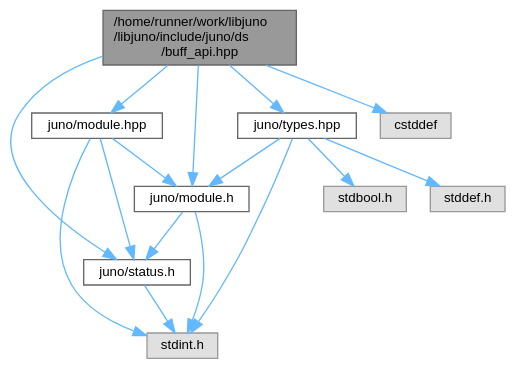
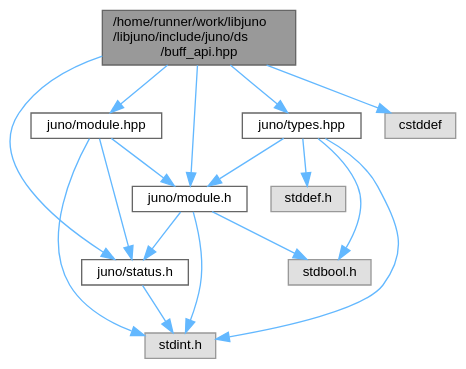
One commit to robinonsay/libjuno changed the diagram in buff__api_8hpp__incl.dot. Above: the diagram before and after it, drawn with Graphviz. The commit also changed 847 other files, not shown here.

```diff
--- a/buff__api_8hpp__incl.dot
+++ b/buff__api_8hpp__incl.dot
@@ -1,31 +1,32 @@
 digraph "/home/runner/work/libjuno/libjuno/include/juno/ds/buff_api.hpp"
 {
  // LATEX_PDF_SIZE
   bgcolor="transparent";
   edge [fontname=Helvetica,fontsize=10,labelfontname=Helvetica,labelfontsize=10];
   node [fontname=Helvetica,fontsize=10,shape=box,height=0.2,width=0.4];
   Node1 [id="Node000001",label="/home/runner/work/libjuno\l/libjuno/include/juno/ds\l/buff_api.hpp",height=0.2,width=0.4,color="gray40", fillcolor="grey60", style="filled", fontcolor="black",tooltip=" "];
   Node1 -> Node2 [id="edge1_Node000001_Node000002",color="steelblue1",style="solid",tooltip=" "];
-  Node2 [id="Node000002",label="juno/status.h",height=0.2,width=0.4,color="grey40", fillcolor="white", style="filled",URL="$status_8h.html",tooltip=" "];
+  Node2 [id="Node000002",label="juno/status.h",height=0.2,width=0.4,color="grey40", fillcolor="white", style="filled",URL="$status_8h.html",tooltip="Status codes and failure-handling helpers for LibJuno."];
   Node2 -> Node3 [id="edge2_Node000002_Node000003",color="steelblue1",style="solid",tooltip=" "];
   Node3 [id="Node000003",label="stdint.h",height=0.2,width=0.4,color="grey60", fillcolor="#E0E0E0", style="filled",tooltip=" "];
   Node1 -> Node4 [id="edge3_Node000001_Node000004",color="steelblue1",style="solid",tooltip=" "];
-  Node4 [id="Node000004",label="juno/module.h",height=0.2,width=0.4,color="grey40", fillcolor="white", style="filled",URL="$module_8h.html",tooltip=" "];
+  Node4 [id="Node000004",label="juno/module.h",height=0.2,width=0.4,color="grey40", fillcolor="white", style="filled",URL="$module_8h.html",tooltip="Module system and dependency injection primitives for LibJuno."];
   Node4 -> Node2 [id="edge4_Node000004_Node000002",color="steelblue1",style="solid",tooltip=" "];
   Node4 -> Node3 [id="edge5_Node000004_Node000003",color="steelblue1",style="solid",tooltip=" "];
-  Node1 -> Node5 [id="edge6_Node000001_Node000005",color="steelblue1",style="solid",tooltip=" "];
-  Node5 [id="Node000005",label="juno/module.hpp",height=0.2,width=0.4,color="grey40", fillcolor="white", style="filled",URL="$module_8hpp.html",tooltip=" "];
-  Node5 -> Node2 [id="edge7_Node000005_Node000002",color="steelblue1",style="solid",tooltip=" "];
-  Node5 -> Node3 [id="edge8_Node000005_Node000003",color="steelblue1",style="solid",tooltip=" "];
-  Node5 -> Node4 [id="edge9_Node000005_Node000004",color="steelblue1",style="solid",tooltip=" "];
-  Node1 -> Node6 [id="edge10_Node000001_Node000006",color="steelblue1",style="solid",tooltip=" "];
-  Node6 [id="Node000006",label="juno/types.hpp",height=0.2,width=0.4,color="grey40", fillcolor="white", style="filled",URL="$types_8hpp.html",tooltip=" "];
-  Node6 -> Node4 [id="edge11_Node000006_Node000004",color="steelblue1",style="solid",tooltip=" "];
-  Node6 -> Node7 [id="edge12_Node000006_Node000007",color="steelblue1",style="solid",tooltip=" "];
-  Node7 [id="Node000007",label="stdbool.h",height=0.2,width=0.4,color="grey60", fillcolor="#E0E0E0", style="filled",tooltip=" "];
-  Node6 -> Node8 [id="edge13_Node000006_Node000008",color="steelblue1",style="solid",tooltip=" "];
+  Node4 -> Node5 [id="edge6_Node000004_Node000005",color="steelblue1",style="solid",tooltip=" "];
+  Node5 [id="Node000005",label="stdbool.h",height=0.2,width=0.4,color="grey60", fillcolor="#E0E0E0", style="filled",tooltip=" "];
+  Node1 -> Node6 [id="edge7_Node000001_Node000006",color="steelblue1",style="solid",tooltip=" "];
+  Node6 [id="Node000006",label="juno/module.hpp",height=0.2,width=0.4,color="grey40", fillcolor="white", style="filled",URL="$module_8hpp.html",tooltip=" "];
+  Node6 -> Node2 [id="edge8_Node000006_Node000002",color="steelblue1",style="solid",tooltip=" "];
+  Node6 -> Node3 [id="edge9_Node000006_Node000003",color="steelblue1",style="solid",tooltip=" "];
+  Node6 -> Node4 [id="edge10_Node000006_Node000004",color="steelblue1",style="solid",tooltip=" "];
+  Node1 -> Node7 [id="edge11_Node000001_Node000007",color="steelblue1",style="solid",tooltip=" "];
+  Node7 [id="Node000007",label="juno/types.hpp",height=0.2,width=0.4,color="grey40", fillcolor="white", style="filled",URL="$types_8hpp.html",tooltip=" "];
+  Node7 -> Node4 [id="edge12_Node000007_Node000004",color="steelblue1",style="solid",tooltip=" "];
+  Node7 -> Node5 [id="edge13_Node000007_Node000005",color="steelblue1",style="solid",tooltip=" "];
+  Node7 -> Node8 [id="edge14_Node000007_Node000008",color="steelblue1",style="solid",tooltip=" "];
   Node8 [id="Node000008",label="stddef.h",height=0.2,width=0.4,color="grey60", fillcolor="#E0E0E0", style="filled",tooltip=" "];
-  Node6 -> Node3 [id="edge14_Node000006_Node000003",color="steelblue1",style="solid",tooltip=" "];
-  Node1 -> Node9 [id="edge15_Node000001_Node000009",color="steelblue1",style="solid",tooltip=" "];
+  Node7 -> Node3 [id="edge15_Node000007_Node000003",color="steelblue1",style="solid",tooltip=" "];
+  Node1 -> Node9 [id="edge16_Node000001_Node000009",color="steelblue1",style="solid",tooltip=" "];
   Node9 [id="Node000009",label="cstddef",height=0.2,width=0.4,color="grey60", fillcolor="#E0E0E0", style="filled",tooltip=" "];
 }
```
